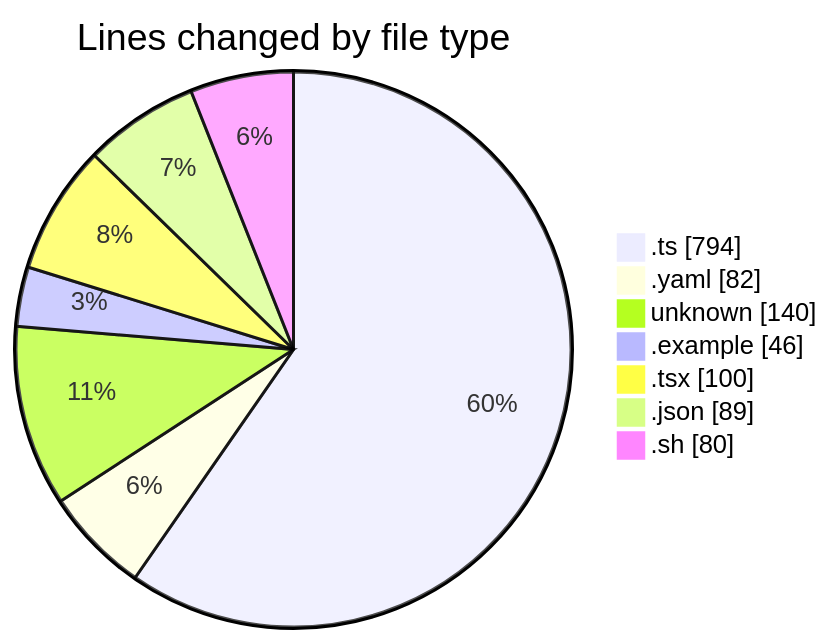
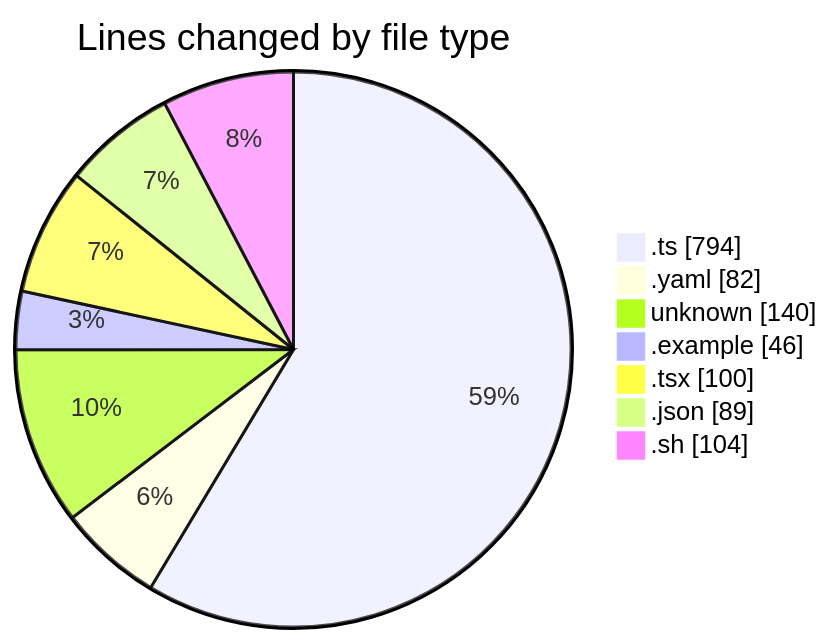
One commit to mevix1/code-tracking changed the first of 2 diagrams in 2025-10-01/open-health/README.md. Above: the diagram before and after it, drawn with Mermaid. The commit also changed other lines of this file and 1 other file, not shown here.

````diff
--- a/2025-10-01/open-health/README.md
+++ b/2025-10-01/open-health/README.md
@@ -33,11 +34,11 @@
 ```mermaid
 pie showData
 title Lines changed by file type
 ".ts" : 794
 ".yaml" : 82
 "unknown" : 140
 ".example" : 46
 ".tsx" : 100
 ".json" : 89
-".sh" : 80
+".sh" : 104
 ```
````
